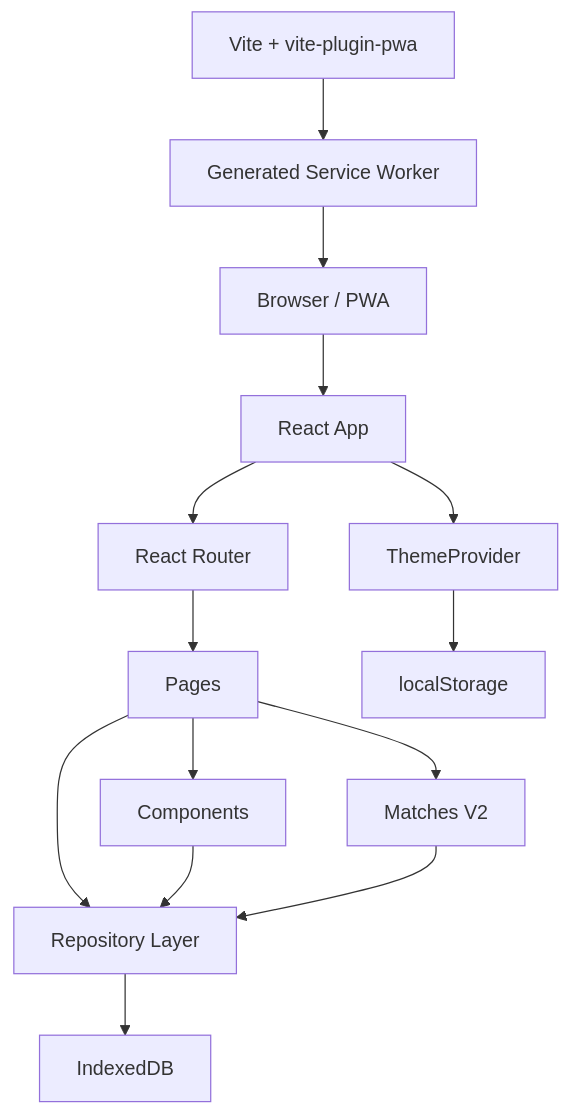
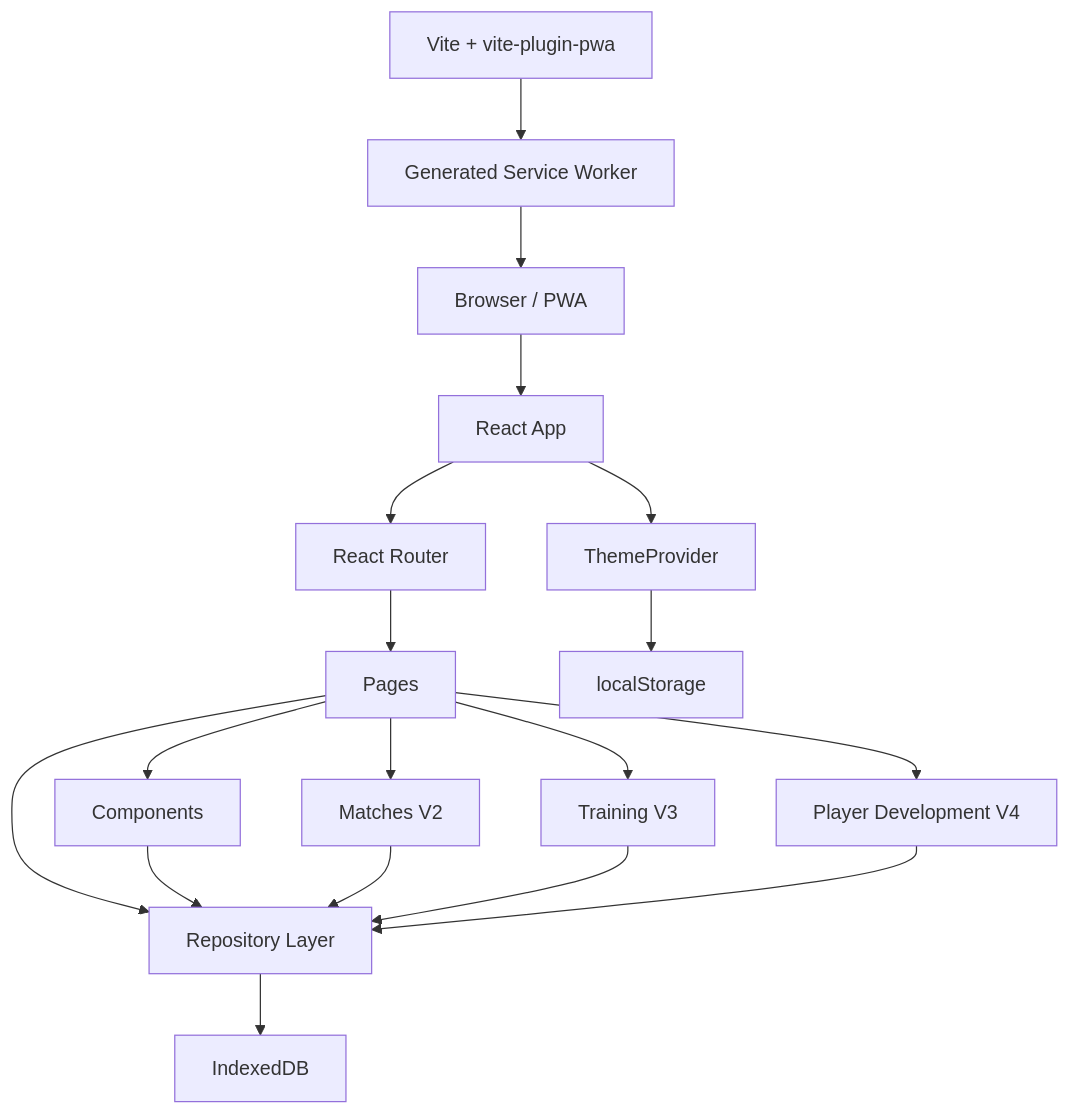
One commit to Alexpagliasso/coach-field changed the diagram in docs/02-architecture.md. Above: the diagram before and after it, drawn with Mermaid. The commit also changed other lines of this file and 33 other files, not shown here.

Commit message:
feat: add player development V4

````diff
--- a/docs/02-architecture.md
+++ b/docs/02-architecture.md
@@ -7,16 +7,20 @@
 ```mermaid
 flowchart TD
     Browser[Browser / PWA] --> React[React App]
     React --> Router[React Router]
     Router --> Pages[Pages]
     Pages --> Components[Components]
     Pages --> Repositories[Repository Layer]
     Components --> Repositories
     Repositories --> IDB[IndexedDB]
     Pages --> Matches[Matches V2]
     Matches --> Repositories
+    Pages --> Training[Training V3]
+    Training --> Repositories
+    Pages --> Development[Player Development V4]
+    Development --> Repositories
     React --> Theme[ThemeProvider]
     Theme --> LocalStorage[localStorage]
     Vite[Vite + vite-plugin-pwa] --> ServiceWorker[Generated Service Worker]
     ServiceWorker --> Browser
 ```
````
